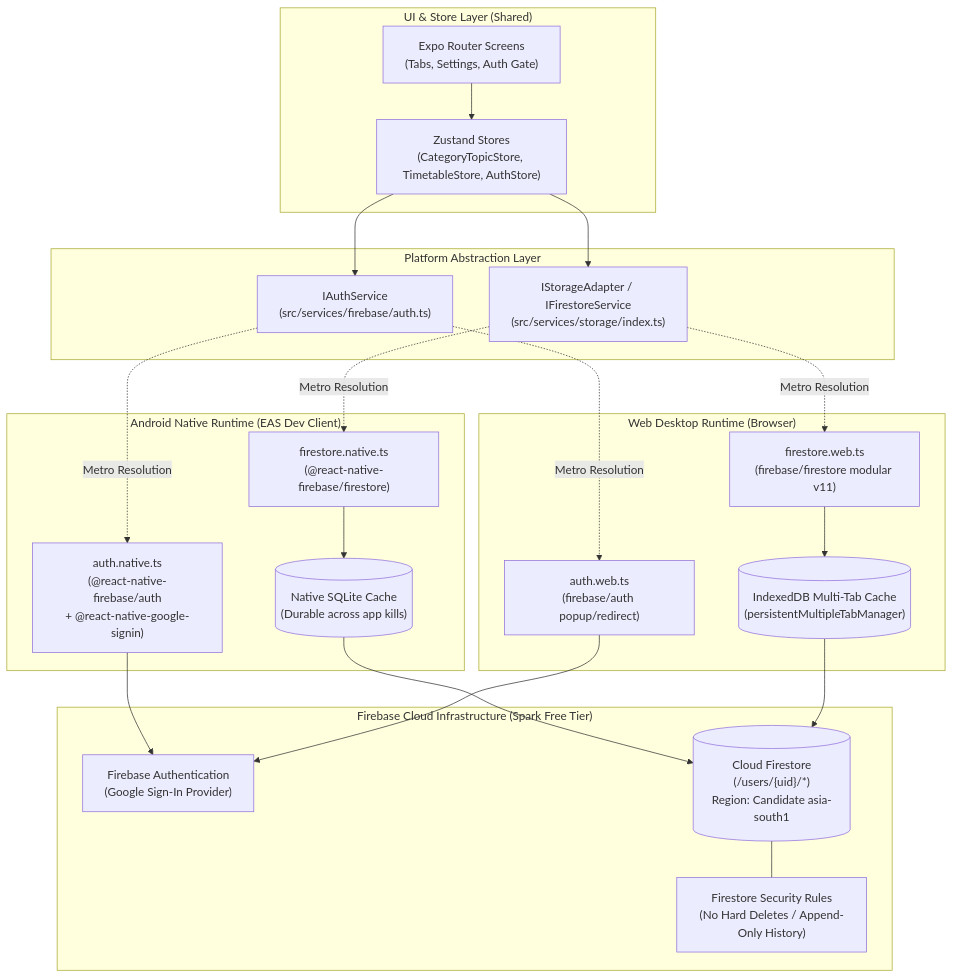
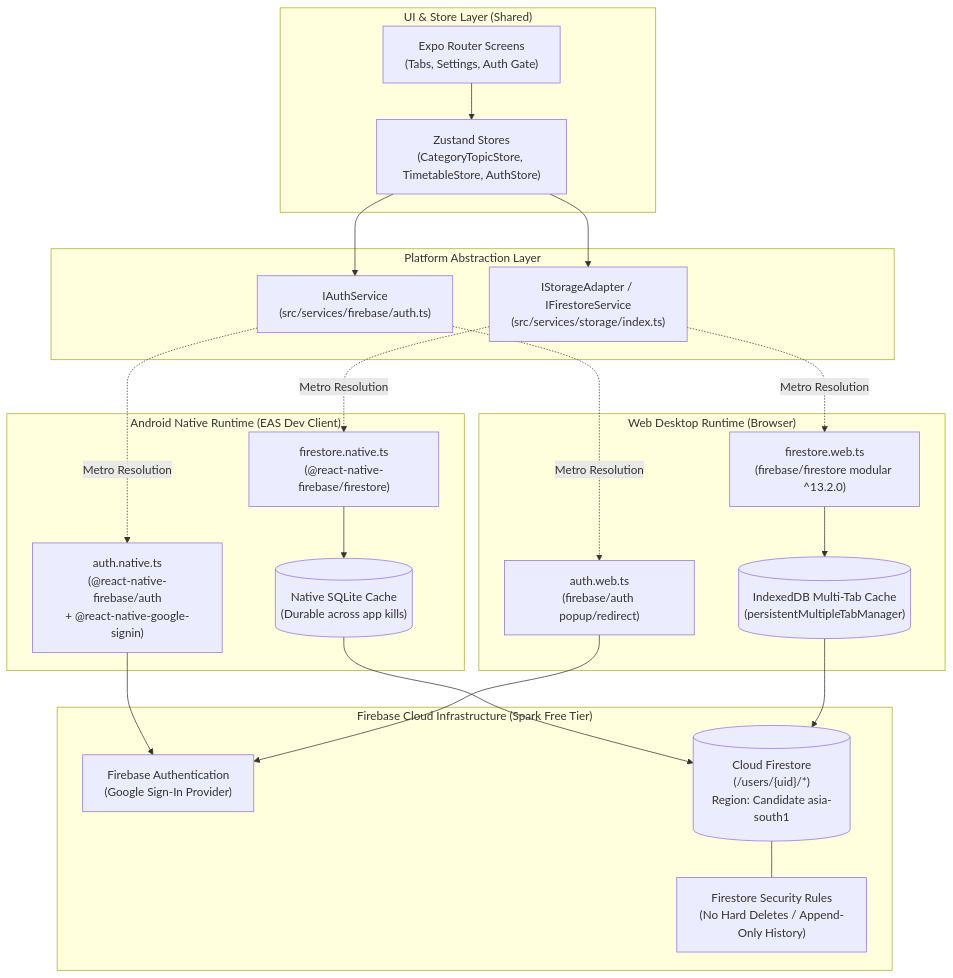
The first of 3 diagrams in MILESTONE_B_PLAN.md (MelvinEmmanuelTheodore/Task-managment-app-or-website), drawn with Mermaid before and after one commit. The commit also changed other lines of this file, not shown here.

Commit message:
docs: align Firebase Web SDK version references to ^13.2.0 and update Milestone B governance wording

````diff
--- a/MILESTONE_B_PLAN.md
+++ b/MILESTONE_B_PLAN.md
@@ -39,43 +40,43 @@
 ```mermaid
 flowchart TD
     subgraph UI["UI & Store Layer (Shared)"]
         SCREENS["Expo Router Screens\n(Tabs, Settings, Auth Gate)"]
         STORES["Zustand Stores\n(CategoryTopicStore, TimetableStore, AuthStore)"]
     end
 
     subgraph Abstraction["Platform Abstraction Layer"]
         AUTH_IFACE["IAuthService\n(src/services/firebase/auth.ts)"]
         STORE_IFACE["IStorageAdapter / IFirestoreService\n(src/services/storage/index.ts)"]
     end
 
     subgraph NativePlatform["Android Native Runtime (EAS Dev Client)"]
         AUTH_NATIVE["auth.native.ts\n(@react-native-firebase/auth\n+ @react-native-google-signin)"]
         FS_NATIVE["firestore.native.ts\n(@react-native-firebase/firestore)"]
         SQLITE_CACHE[("Native SQLite Cache\n(Durable across app kills)")]
     end
 
     subgraph WebPlatform["Web Desktop Runtime (Browser)"]
         AUTH_WEB["auth.web.ts\n(firebase/auth popup/redirect)"]
-        FS_WEB["firestore.web.ts\n(firebase/firestore modular v11)"]
+        FS_WEB["firestore.web.ts\n(firebase/firestore modular ^13.2.0)"]
         INDEXEDDB_CACHE[("IndexedDB Multi-Tab Cache\n(persistentMultipleTabManager)")]
     end
 
     subgraph Cloud["Firebase Cloud Infrastructure (Spark Free Tier)"]
         FIREBASE_AUTH["Firebase Authentication\n(Google Sign-In Provider)"]
         FIRESTORE_CLOUD[("Cloud Firestore\n(/users/{uid}/*)\nRegion: Candidate asia-south1")]
         SECURITY_RULES["Firestore Security Rules\n(No Hard Deletes / Append-Only History)"]
     end
 
     SCREENS --> STORES
     STORES --> AUTH_IFACE
     STORES --> STORE_IFACE
     AUTH_IFACE -. Metro Resolution .-> AUTH_NATIVE
     AUTH_IFACE -. Metro Resolution .-> AUTH_WEB
     STORE_IFACE -. Metro Resolution .-> FS_NATIVE
     STORE_IFACE -. Metro Resolution .-> FS_WEB
     AUTH_NATIVE --> FIREBASE_AUTH
     AUTH_WEB --> FIREBASE_AUTH
     FS_NATIVE --> SQLITE_CACHE --> FIRESTORE_CLOUD
     FS_WEB --> INDEXEDDB_CACHE --> FIRESTORE_CLOUD
     FIRESTORE_CLOUD --- SECURITY_RULES
 ```
````
